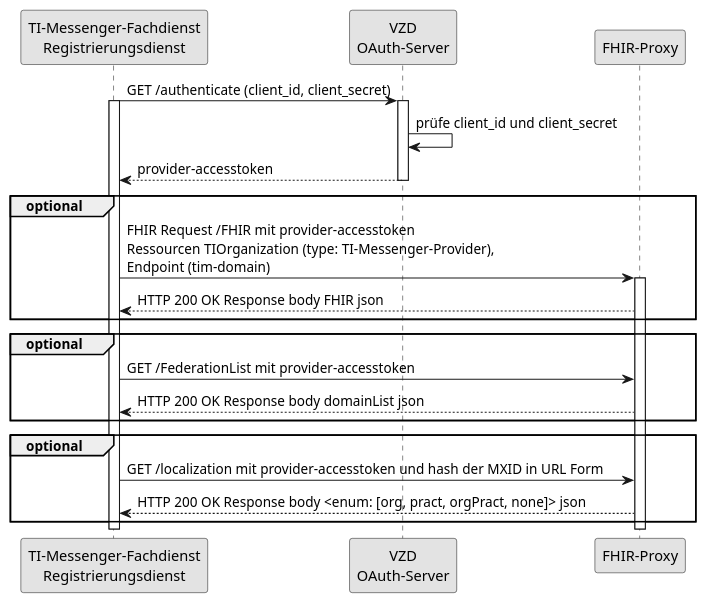
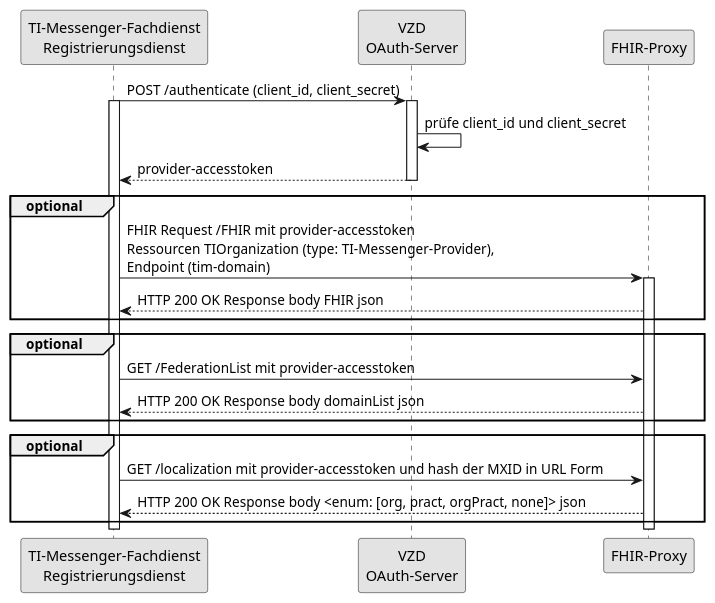
Before and after one commit to gematik/api-vzd: the diagram in src/plantuml/SequenceDiagram.FHIR-Directory.tim_provider_services.puml, drawn with PlantUML.

Commit message:
Update SequenceDiagram.FHIR-Directory.tim_provider_services.puml
GET /authenticate -> POST /authenticate

```diff
--- a/src/plantuml/SequenceDiagram.FHIR-Directory.tim_provider_services.puml
+++ b/src/plantuml/SequenceDiagram.FHIR-Directory.tim_provider_services.puml
@@ -1,32 +1,32 @@
 @startuml I_VZD_TIM_Provider_Services
 skinparam dpi 100
 skinparam WrapWidth 200
 skinparam monochrome true
 
 participant rd as "TI-Messenger-Fachdienst\nRegistrierungsdienst"
 participant oa as "VZD\nOAuth-Server"
 participant fp as "FHIR-Proxy"
 
-rd -> oa: GET /authenticate (client_id, client_secret)
+rd -> oa: POST /authenticate (client_id, client_secret)
 activate rd
 activate oa
 oa -> oa: prüfe client_id und client_secret
 oa --> rd: provider-accesstoken
 deactivate oa
 group optional
 rd -> fp: FHIR Request /FHIR mit provider-accesstoken\nRessourcen TIOrganization (type: TI-Messenger-Provider),\nEndpoint (tim-domain)
 activate fp
 fp --> rd: HTTP 200 OK Response body FHIR json
 end
 group optional
 rd -> fp: GET /FederationList mit provider-accesstoken
 fp --> rd: HTTP 200 OK Response body domainList json
 end
 group optional
 rd -> fp: GET /localization mit provider-accesstoken und hash der MXID in URL Form
 fp --> rd: HTTP 200 OK Response body <enum: [org, pract, orgPract, none]> json
 end
 
 deactivate fp
 deactivate rd
 @enduml
```
